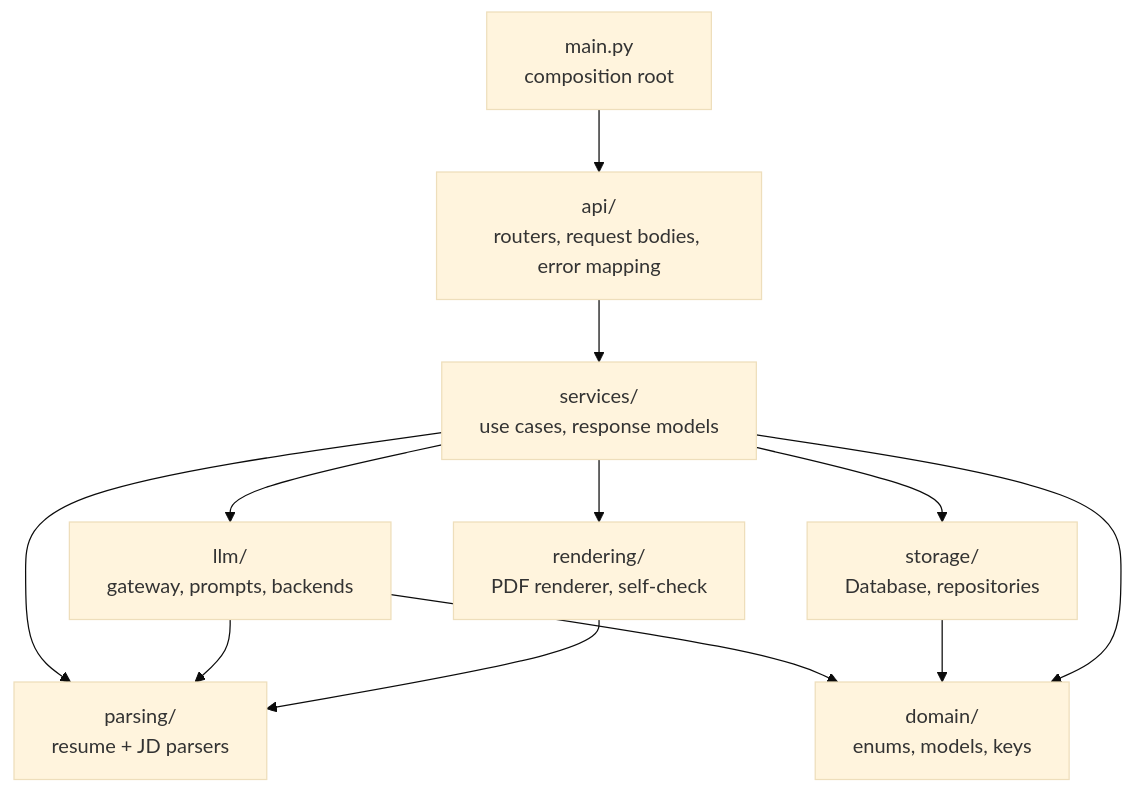
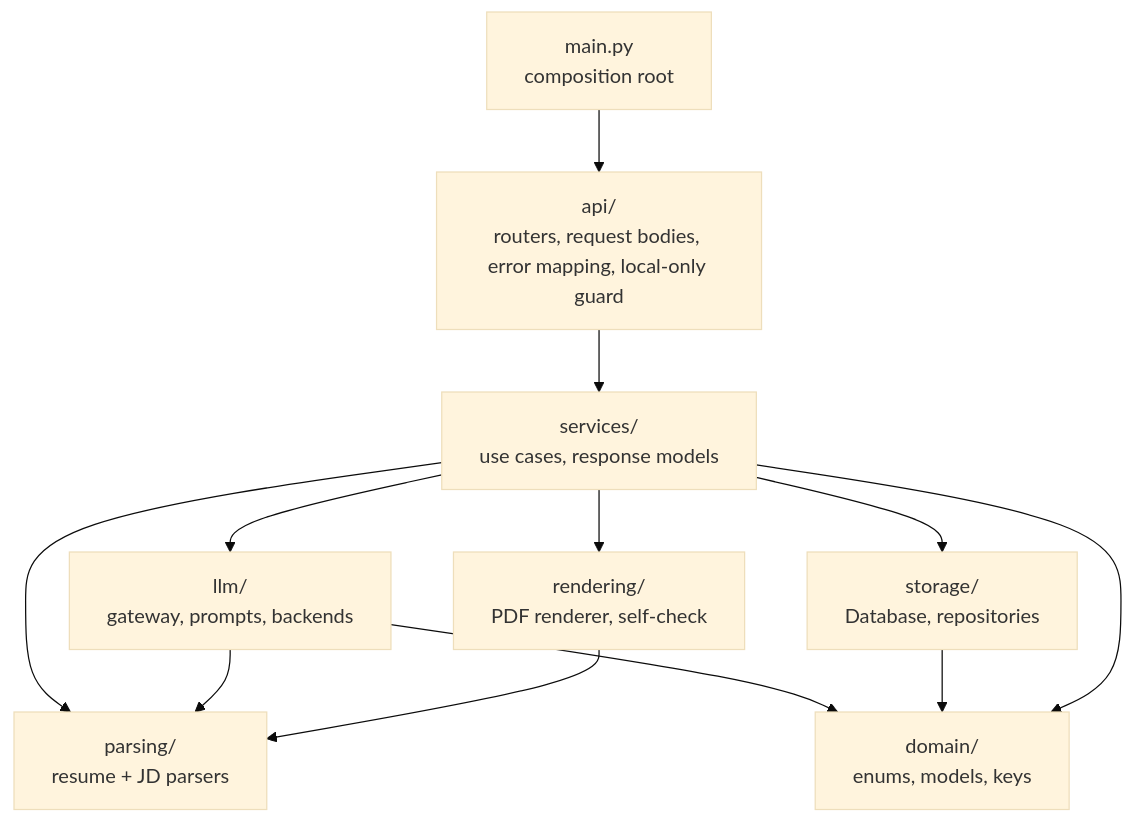
One commit to nikhil-kunapareddy/resumap changed the second of 7 diagrams in docs/architecture.md. Above: the diagram before and after it, drawn with Mermaid (base theme). The commit also changed 2 other files, not shown here.

Commit message:
Document the guard, the shared call path and what a delete removes
CLAUDE.md now describes api/guard.py, the gateway's single _call and
astatus(), CliBackend and CALL_TIMEOUT_S, the api backend's own validation,
ExportService.measure, budgets(), the self-check's layout and (cid:N) checks,
and that deleting a job or resume removes its files. SECURITY.md explains
what the guard adds on top of binding 127.0.0.1.

````diff
--- a/docs/architecture.md
+++ b/docs/architecture.md
@@ -31,17 +31,17 @@
 ```mermaid
 flowchart TB
     main["main.py<br/>composition root"]
-    api["api/<br/>routers, request bodies, error mapping"]
+    api["api/<br/>routers, request bodies, error mapping, local-only guard"]
     services["services/<br/>use cases, response models"]
     llm["llm/<br/>gateway, prompts, backends"]
     storage["storage/<br/>Database, repositories"]
     rendering["rendering/<br/>PDF renderer, self-check"]
     parsing["parsing/<br/>resume + JD parsers"]
     domain["domain/<br/>enums, models, keys"]
 
     main --> api --> services
     services --> llm & storage & rendering & parsing
     llm --> parsing
     rendering --> parsing
     llm & storage & services --> domain
 ```
````
